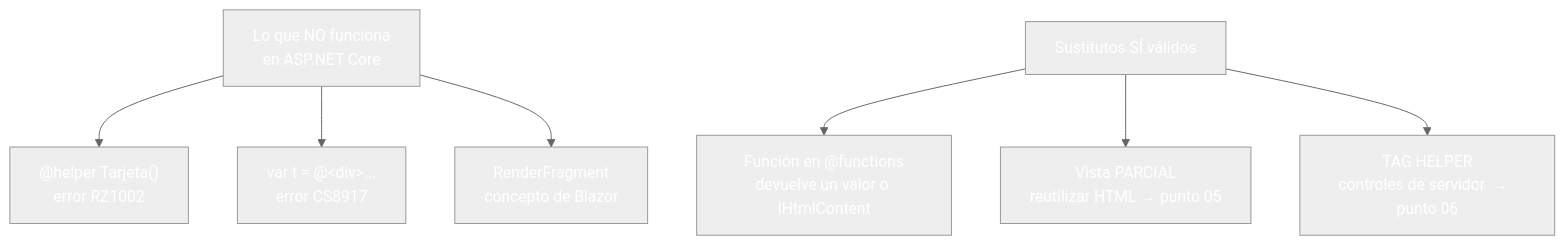
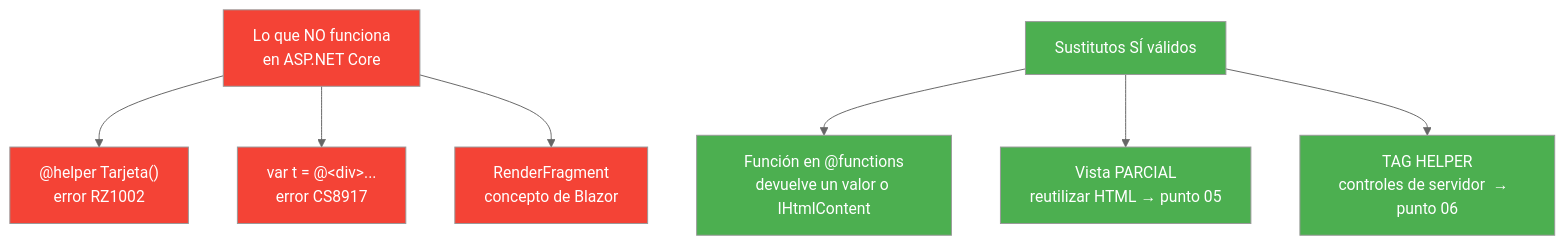
The fourth of 4 diagrams in 04-funciones-metodos.md (joseluisgs/DesarrolloWebEntornosServidor-03-2026-2027), drawn with Mermaid (neutral theme) before and after one commit. The commit also changed other lines of this file and 25 other files, not shown here.

Commit message:
docs: corregir los estilos Mermaid de los temas y alinear el dominio del tema 25 con ProductosApp

````diff
--- a/04-funciones-metodos.md
+++ b/04-funciones-metodos.md
@@ -494,19 +494,19 @@
 ```mermaid
 graph TD
     A["Lo que NO funciona<br/>en ASP.NET Core"] --> B["@helper Tarjeta()<br/>error RZ1002"]
     A --> C["var t = @&lt;div&gt;...<br/>error CS8917"]
     A --> D["RenderFragment<br/>concepto de Blazor"]
 
     E["Sustitutos SÍ válidos"] --> F["Función en @functions<br/>devuelve un valor o IHtmlContent"]
     E --> G["Vista PARCIAL<br/>reutilizar HTML  →  punto 05"]
     E --> H["TAG HELPER<br/>controles de servidor  →  punto 06"]
 
-    style A fill:#f4433,color:#fff6,color:#fff
-    style B fill:#f4433,color:#fff6,color:#fff
-    style C fill:#f4433,color:#fff6,color:#fff
-    style D fill:#f4433,color:#fff6,color:#fff
-    style E fill:#4CAF5,color:#fff0,color:#fff
-    style F fill:#4CAF5,color:#fff0,color:#fff
-    style G fill:#4CAF5,color:#fff0,color:#fff
-    style H fill:#4CAF5,color:#fff0,color:#fff
+    style A fill:#f44336,color:#fff
+    style B fill:#f44336,color:#fff
+    style C fill:#f44336,color:#fff
+    style D fill:#f44336,color:#fff
+    style E fill:#4CAF50,color:#fff
+    style F fill:#4CAF50,color:#fff
+    style G fill:#4CAF50,color:#fff
+    style H fill:#4CAF50,color:#fff
 ```
````
